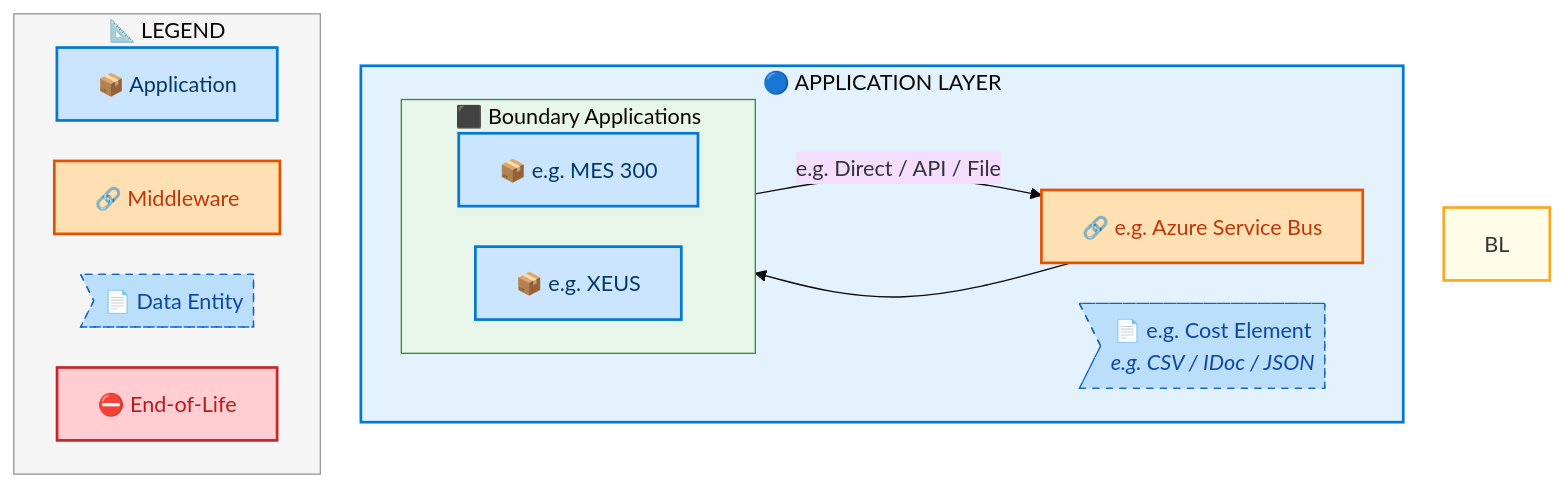
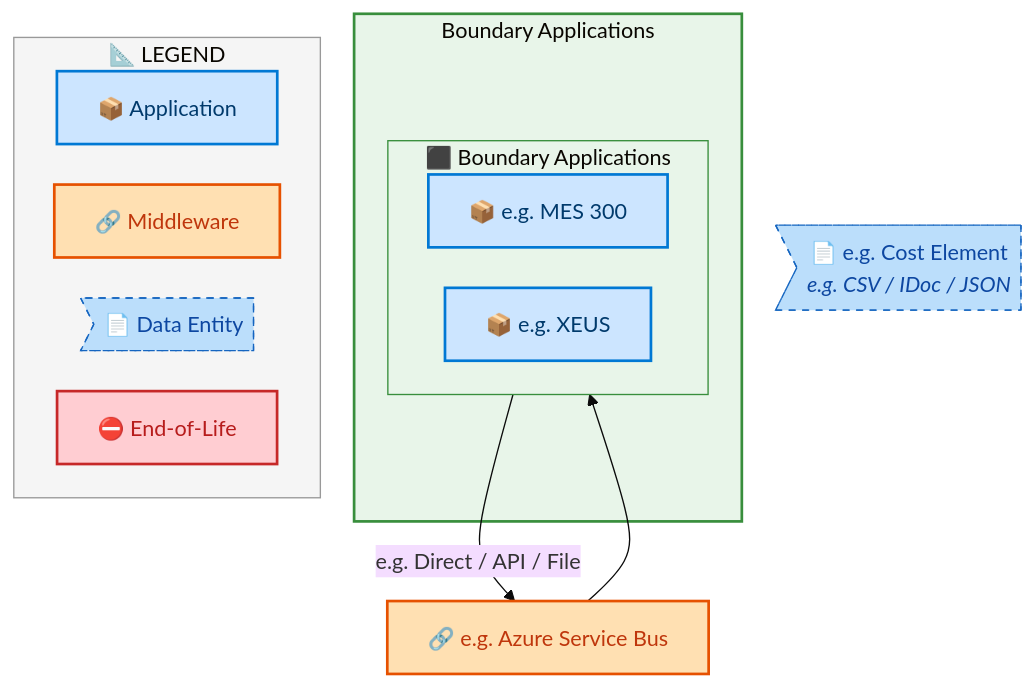
Before and after one commit to sajivfrancis777/IAO-Architecture: the fifth of 7 diagrams in towers/E2E/Forecast to Stock/E2E-122/output/docs/systems-architecture/E2E-122-Architecture.md, drawn with Mermaid. The commit also changed other lines of this file and 106 other files, not shown here.

First line of the commit message:
feat: tier-grouped swim lane layout for architecture diagrams

````diff
--- a/towers/E2E/Forecast to Stock/E2E-122/output/docs/systems-architecture/E2E-122-Architecture.md
+++ b/towers/E2E/Forecast to Stock/E2E-122/output/docs/systems-architecture/E2E-122-Architecture.md
@@ -527,41 +526,40 @@
 ```mermaid
 %%{init: {"theme": "base", "securityLevel": "loose", "themeVariables": {"fontSize": "16px", "fontFamily": "Segoe UI, Arial, sans-serif"}, "flowchart": {"useMaxWidth": false, "htmlLabels": true, "nodeSpacing": 30, "rankSpacing": 35}} }%%
 flowchart TB
     %% -- ArchiMate 3.2 + Azure style classes --
     classDef business      fill:#FFFFB3,stroke:#F9A825,stroke-width:2px,color:#000
     classDef app           fill:#CCE5FF,stroke:#0078D4,stroke-width:2px,color:#003A6C
     classDef data          fill:#BBDEFB,stroke:#1565C0,stroke-width:1px,color:#0D47A1,stroke-dasharray: 5 5
     classDef middleware    fill:#FFE0B2,stroke:#E65100,stroke-width:2px,color:#BF360C
     classDef eol           fill:#FFCDD2,stroke:#C62828,stroke-width:2px,color:#B71C1C
     classDef saas          fill:#E1BEE7,stroke:#7B1FA2,stroke-width:2px,color:#4A148C
     classDef cloud         fill:#BBDEFB,stroke:#1565C0,stroke-width:2px,color:#0D47A1
     classDef onprem        fill:#C8E6C9,stroke:#2E7D32,stroke-width:2px,color:#1B5E20
 
-    subgraph AL["🔵 APPLICATION LAYER"]
+    subgraph E2E122FT_Boundary_Applications["Boundary Applications"]
         subgraph E2E122FLN_Boundary_Applications[" ⬛ Boundary Applications"]
             direction LR
             E2E122F_e_g_MES_300["📦 e.g. MES 300"]:::app
             E2E122F_e_g_XEUS["📦 e.g. XEUS"]:::app
         end
-        E2E122FMW_e_g_Azure_Service_Bus["🔗 e.g. Azure Service Bus"]:::middleware
-        E2E122FDE_e_g_Cost_Element>"📄 e.g. Cost Element<br/><i>e.g. CSV / IDoc / JSON</i>"]:::data
     end
+
+    E2E122FMW_e_g_Azure_Service_Bus["🔗 e.g. Azure Service Bus"]:::middleware
+    E2E122FDE_e_g_Cost_Element>"📄 e.g. Cost Element<br/><i>e.g. CSV / IDoc / JSON</i>"]:::data
 
     E2E122F_e_g_MES_300 -->|"e.g. Direct / API / File"| E2E122FMW_e_g_Azure_Service_Bus
     E2E122FMW_e_g_Azure_Service_Bus --> E2E122F_e_g_XEUS
 
 
-    style BL fill:#FFFDE7,stroke:#F9A825,stroke-width:2px
-    style AL fill:#E3F2FD,stroke:#0078D4,stroke-width:2px
-
+    style E2E122FT_Boundary_Applications fill:#E8F5E9,stroke:#388E3C,stroke-width:2px
     style E2E122FLN_Boundary_Applications fill:#E8F5E9,stroke:#388E3C,stroke-width:1px
 
     subgraph Legend["📐 LEGEND"]
         direction LR
         L_APP["📦 Application"]:::app
         L_MW["🔗 Middleware"]:::middleware
         L_DE>"📄 Data Entity"]:::data
         L_EOL["⛔ End-of-Life"]:::eol
     end
     style Legend fill:#F5F5F5,stroke:#999,stroke-width:1px
 ```
````
